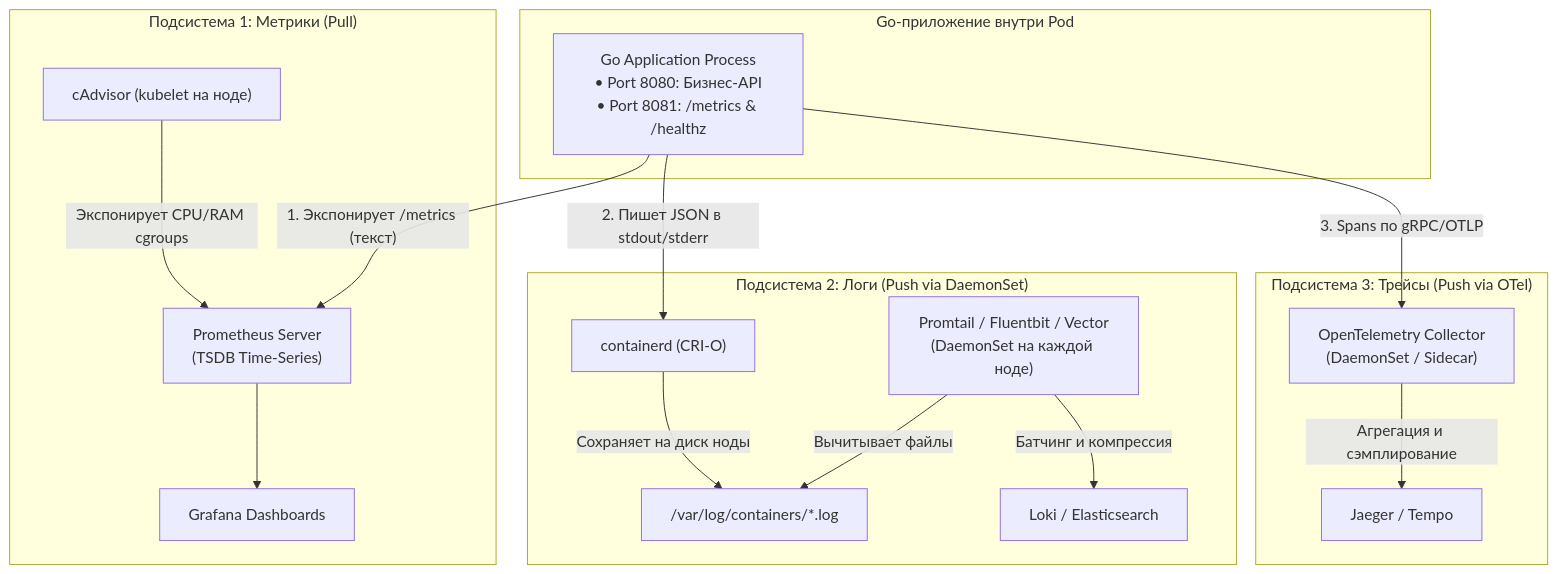
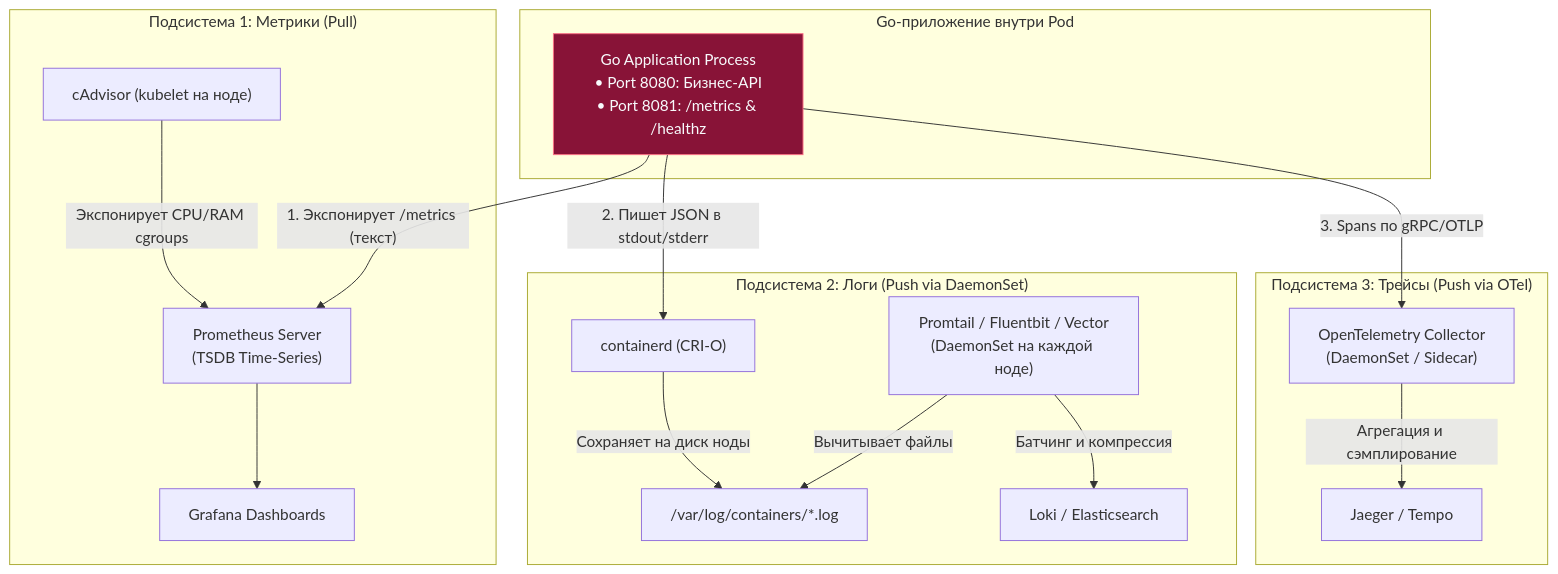
The second of 5 diagrams in sources/14. Распределенные системы на Go/07. Kubernetes и деплой/7. Observability в Kubernetes.md (UnrealTemplier/go-textbook), drawn with Mermaid before and after one commit. The commit also changed other lines of this file and 1666 other files, not shown here.

First line of the commit message:
feat(mermaid): add semantic color classDef to 1369 colorless flowchart/graph diagrams

````diff
--- a/sources/14. Распределенные системы на Go/07. Kubernetes и деплой/7. Observability в Kubernetes.md
+++ b/sources/14. Распределенные системы на Go/07. Kubernetes и деплой/7. Observability в Kubernetes.md
@@ -34,24 +44,34 @@
 ```mermaid
 flowchart TD
+    classDef process  fill:#1e293b,stroke:#38bdf8,stroke-width:1px,color:#f8fafc
+    classDef success  fill:#064e3b,stroke:#34d399,stroke-width:1px,color:#f8fafc
+    classDef error    fill:#7f1d1d,stroke:#f87171,stroke-width:1px,color:#f8fafc
+    classDef warning  fill:#78350f,stroke:#fbbf24,stroke-width:1px,color:#f8fafc
+    classDef entry    fill:#1e3a5f,stroke:#38bdf8,stroke-width:2px,color:#f8fafc
+    classDef aux      fill:#334155,stroke:#64748b,stroke-width:1px,color:#f8fafc
+    classDef system   fill:#312e81,stroke:#a78bfa,stroke-width:1px,color:#f8fafc
+    classDef data     fill:#132d29,stroke:#2dd4bf,stroke-width:1px,color:#f8fafc
+    classDef network  fill:#881337,stroke:#fb7185,stroke-width:1px,color:#f8fafc
+    classDef accent   fill:#1e1b4b,stroke:#818cf8,stroke-width:1px,color:#f8fafc
     subgraph PodInstance["Go-приложение внутри Pod"]
-        App["Go Application Process\n• Port 8080: Бизнес-API\n• Port 8081: /metrics & /healthz"]
+        App["Go Application Process\n• Port 8080: Бизнес-API\n• Port 8081: /metrics & /healthz"]:::network
     end
 
     subgraph MetricsSubsystem["Подсистема 1: Метрики (Pull)"]
         App -->|"1. Экспонирует /metrics (текст)"| Prom["Prometheus Server\n(TSDB Time-Series)"]
         cAdv["cAdvisor (kubelet на ноде)"] -->|"Экспонирует CPU/RAM cgroups"| Prom
         Prom --> Grafana["Grafana Dashboards"]
     end
 
     subgraph LoggingSubsystem["Подсистема 2: Логи (Push via DaemonSet)"]
         App -->|"2. Пишет JSON в stdout/stderr"| CRI["containerd (CRI-O)"]
         CRI -->|"Сохраняет на диск ноды"| LogFiles["/var/log/containers/*.log"]
         DaemonCollector["Promtail / Fluentbit / Vector\n(DaemonSet на каждой ноде)"] -->|"Вычитывает файлы"| LogFiles
         DaemonCollector -->|"Батчинг и компрессия"| Loki["Loki / Elasticsearch"]
     end
 
     subgraph TracingSubsystem["Подсистема 3: Трейсы (Push via OTel)"]
         App -->|"3. Spans по gRPC/OTLP"| OTelCollector["OpenTelemetry Collector\n(DaemonSet / Sidecar)"]
         OTelCollector -->|"Агрегация и сэмплирование"| Jaeger["Jaeger / Tempo"]
     end
 ```
````
